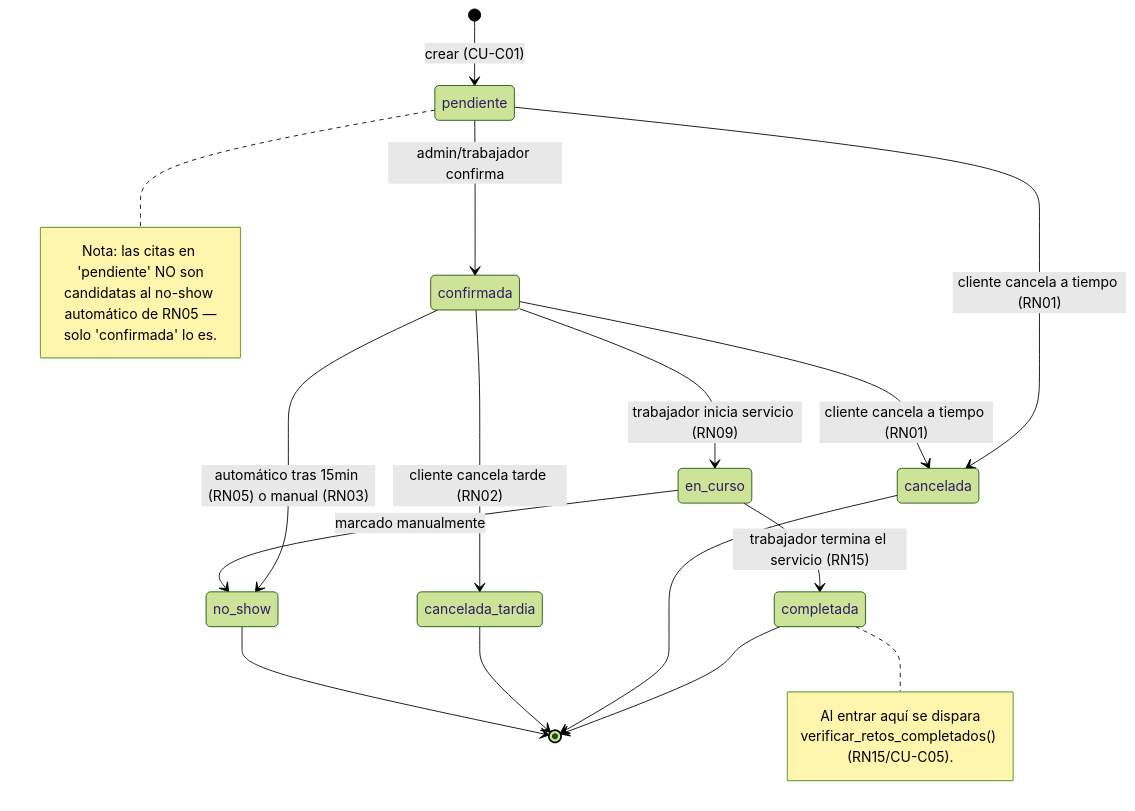
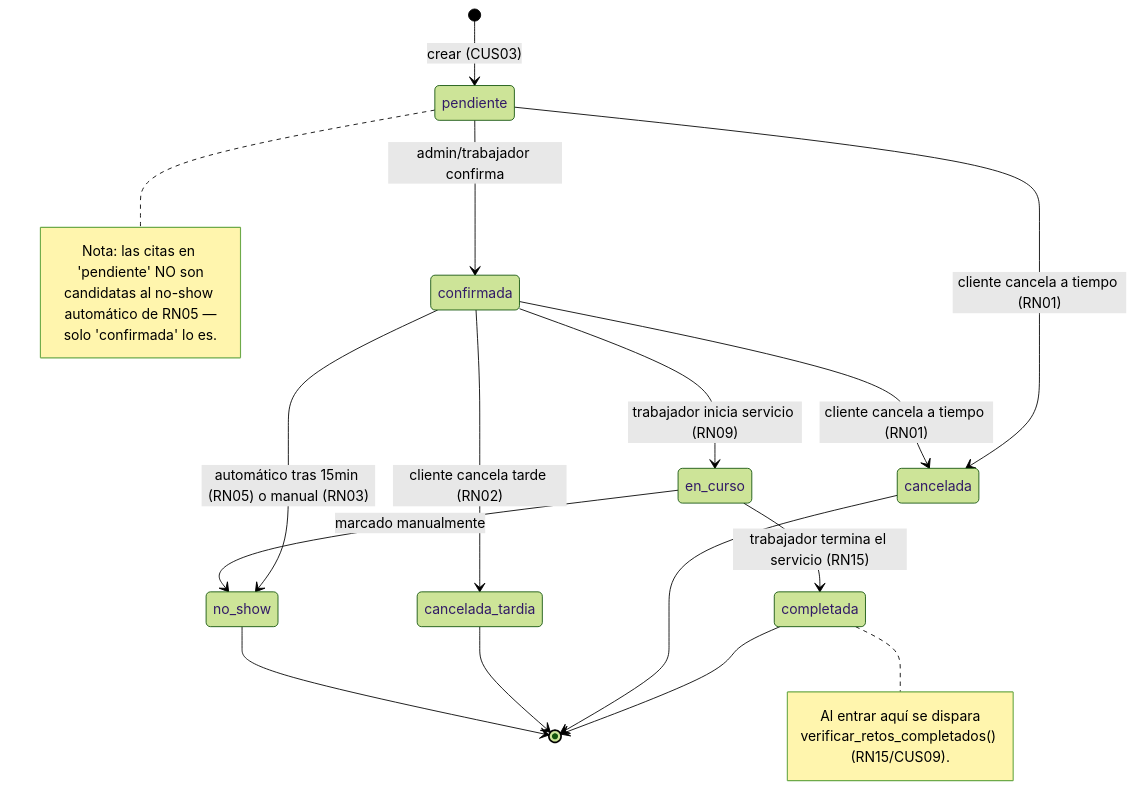
Before and after one commit to Alezzandromv/welve: the first of 3 diagrams in docs/tesis/08_DIAGRAMAS_DE_ESTADO.md, drawn with Mermaid (forest theme). The commit also changed other lines of this file and 12 other files, not shown here.

````diff
--- a/docs/tesis/08_DIAGRAMAS_DE_ESTADO.md
+++ b/docs/tesis/08_DIAGRAMAS_DE_ESTADO.md
@@ -9,31 +9,31 @@
 ```mermaid
 stateDiagram-v2
-    [*] --> pendiente : crear (CU-C01)
+    [*] --> pendiente : crear (CUS03)
 
     pendiente --> confirmada : admin/trabajador confirma
     pendiente --> cancelada : cliente cancela a tiempo (RN01)
 
     confirmada --> en_curso : trabajador inicia servicio (RN09)
     confirmada --> cancelada : cliente cancela a tiempo (RN01)
     confirmada --> cancelada_tardia : cliente cancela tarde (RN02)
     confirmada --> no_show : automático tras 15min (RN05) o manual (RN03)
 
     en_curso --> completada : trabajador termina el servicio (RN15)
     en_curso --> no_show : marcado manualmente
 
     completada --> [*]
     cancelada --> [*]
     cancelada_tardia --> [*]
     no_show --> [*]
 
     note right of pendiente
         Nota: las citas en 'pendiente' NO son
         candidatas al no-show automático de RN05 —
         solo 'confirmada' lo es.
     end note
 
     note right of completada
         Al entrar aquí se dispara
-        verificar_retos_completados() (RN15/CU-C05).
+        verificar_retos_completados() (RN15/CUS09).
     end note
 ```
````
